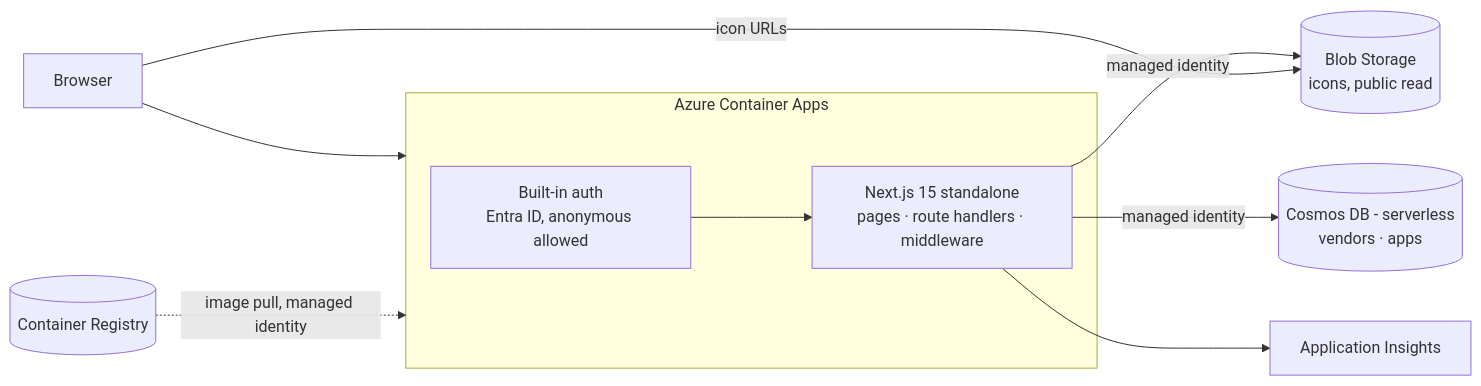
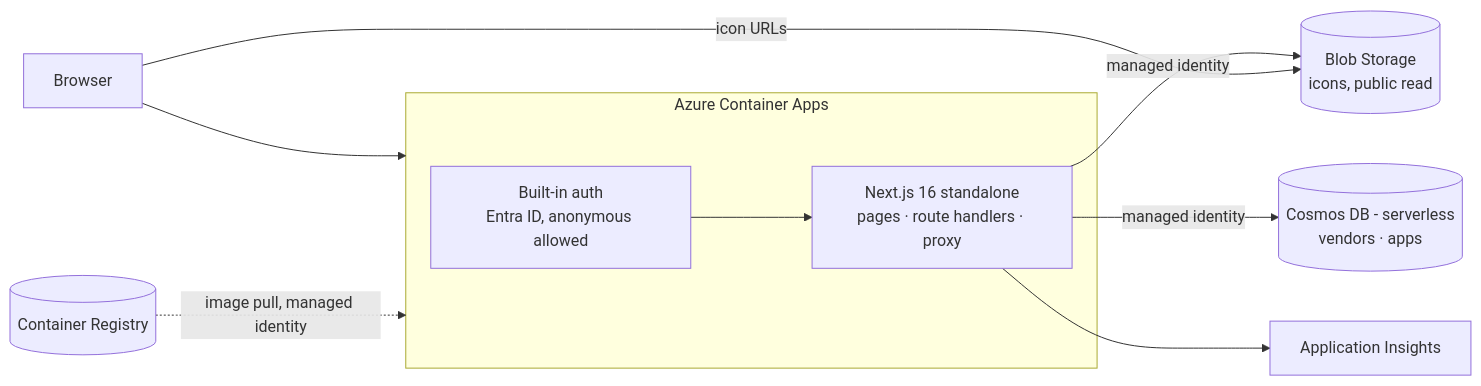
Before and after one commit to scotscottmca/wherethemlogs.app: the diagram in docs/ARCHITECTURE.md, drawn with Mermaid. The commit also changed other lines of this file and 10 other files, not shown here.

````diff
--- a/docs/ARCHITECTURE.md
+++ b/docs/ARCHITECTURE.md
@@ -13,16 +13,16 @@
 ```mermaid
 flowchart LR
   Browser --> CA
 
   subgraph CA["Azure Container Apps"]
     AUTH["Built-in auth<br/>Entra ID, anonymous allowed"]
-    NEXT["Next.js 15 standalone<br/>pages · route handlers · middleware"]
+    NEXT["Next.js 16 standalone<br/>pages · route handlers · proxy"]
     AUTH --> NEXT
   end
 
   ACR[("Container Registry")] -. "image pull, managed identity" .-> CA
   NEXT -- "managed identity" --> COSMOS[("Cosmos DB - serverless<br/>vendors · apps")]
   NEXT -- "managed identity" --> BLOB[("Blob Storage<br/>icons, public read")]
   Browser -- "icon URLs" --> BLOB
   NEXT --> AI["Application Insights"]
 ```
````
